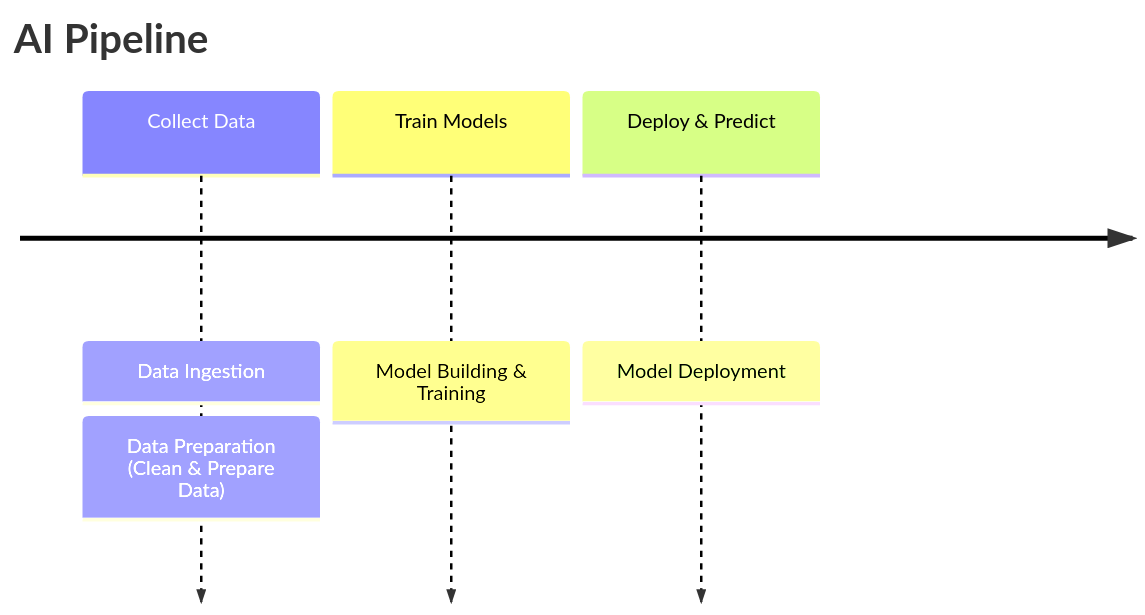
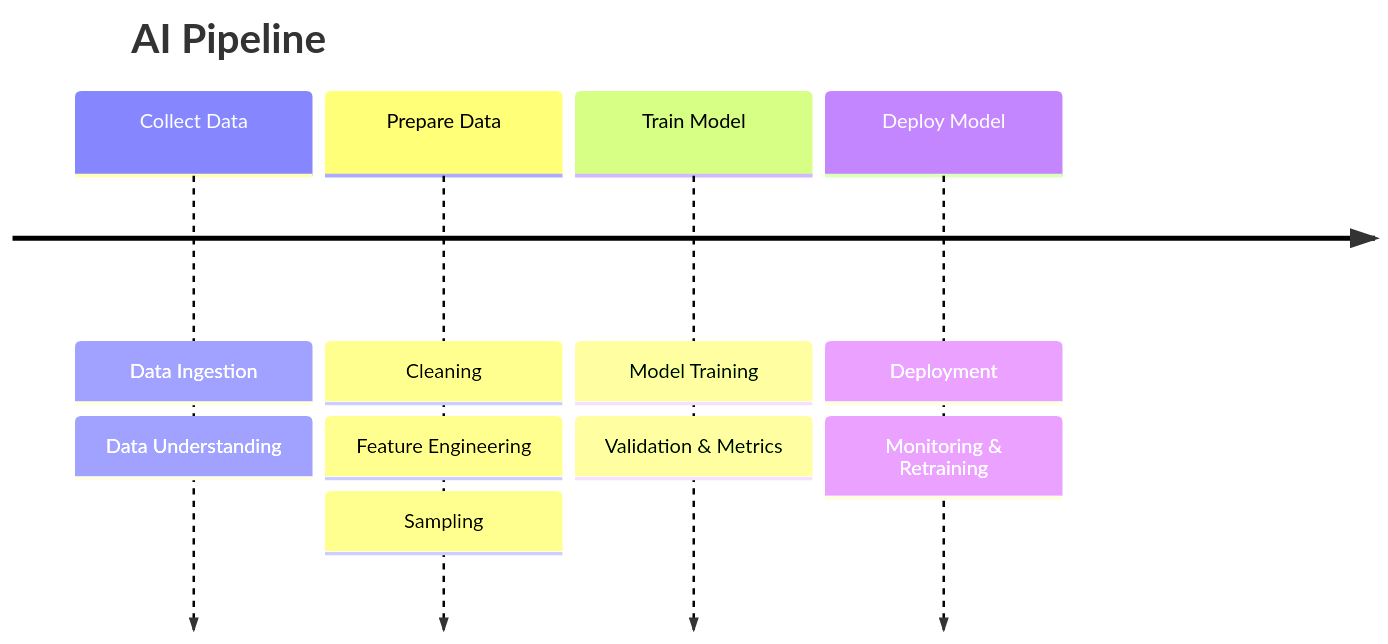
One commit to arshadhs/arshadhs.github.io changed the diagram in content/docs/ai/ai-pipeline.md. Above: the diagram before and after it, drawn with Mermaid. The commit also changed other lines of this file and 9 other files, not shown here.

```diff
--- a/content/docs/ai/ai-pipeline.md
+++ b/content/docs/ai/ai-pipeline.md
@@ -24,8 +30,13 @@
 {{<mermaid>}}
 timeline
     title AI Pipeline
     Collect Data : Data Ingestion
-				 : Data Preparation (Clean & Prepare Data)
-    Train Models : Model Building & Training
-    Deploy & Predict : Model Deployment
+                 : Data Understanding
+    Prepare Data : Cleaning
+                 : Feature Engineering
+                 : Sampling
+    Train Model  : Model Training
+                 : Validation & Metrics
+    Deploy Model : Deployment
+                 : Monitoring & Retraining
 {{</mermaid>}}
```
